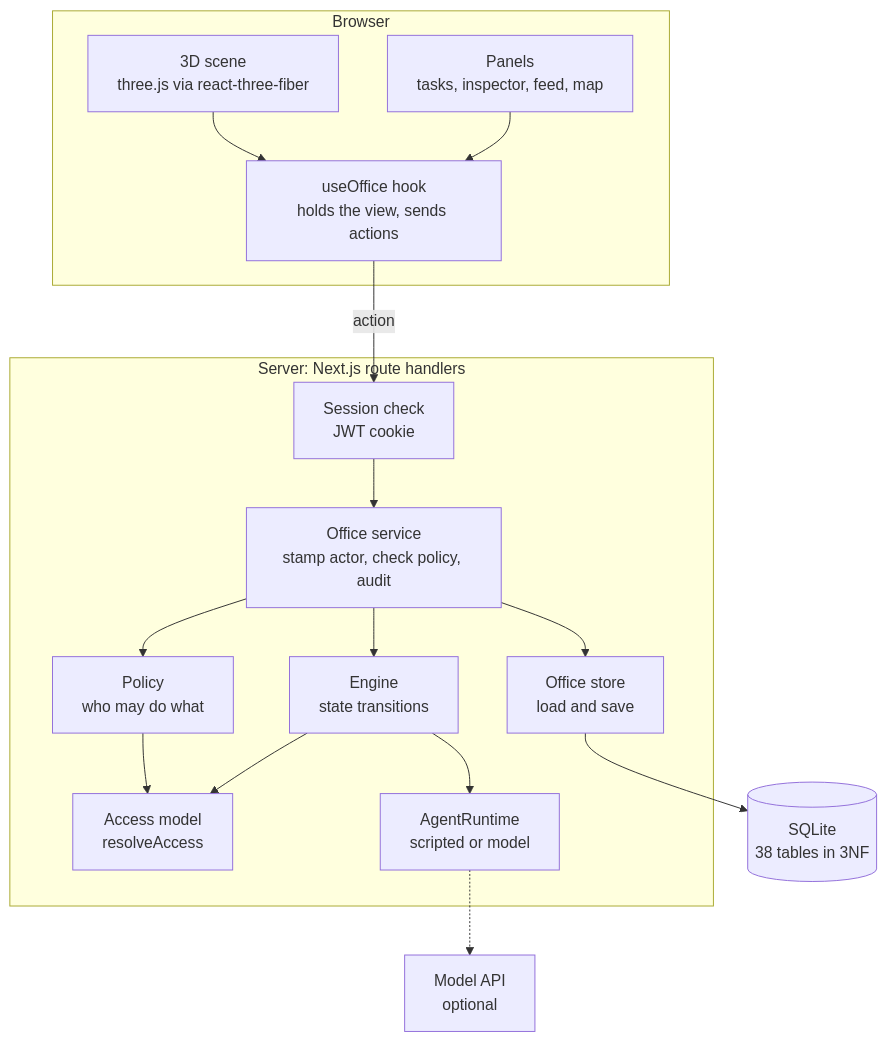
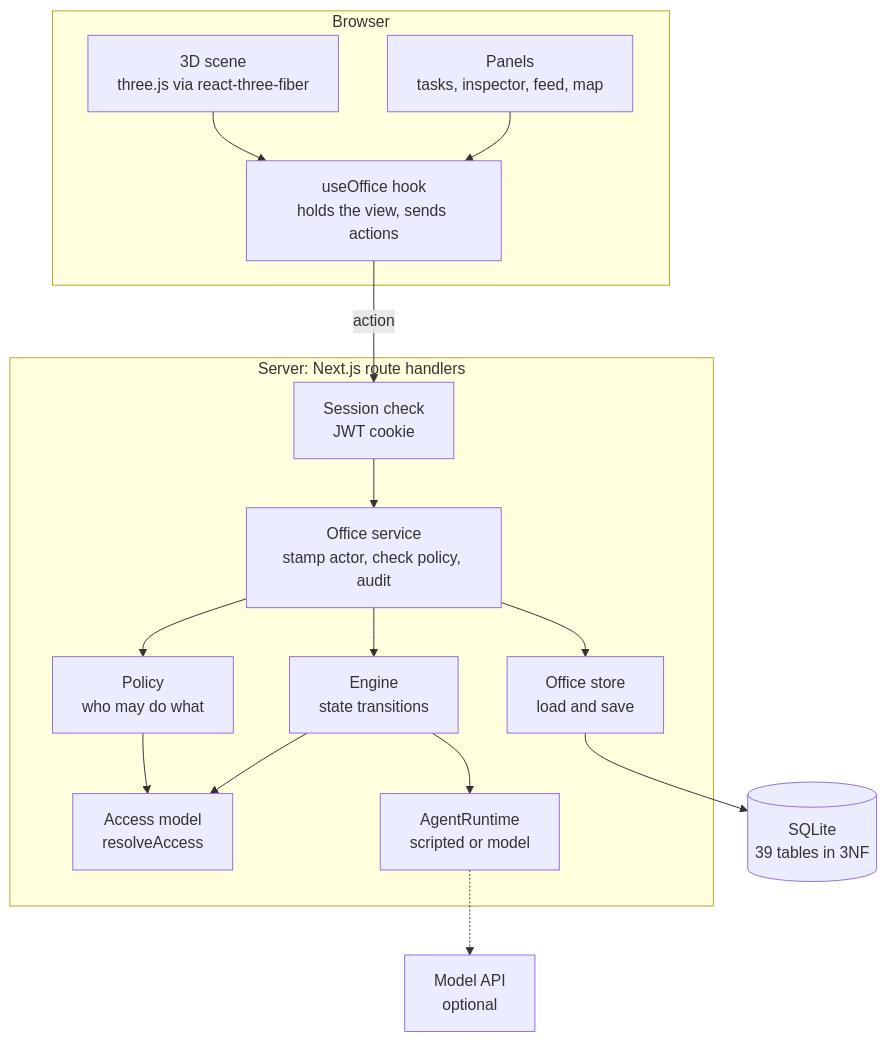
Before and after one commit to seyitgkc/ai-virtual-office: the first of 11 diagrams in README.md, drawn with Mermaid. The commit also changed other lines of this file and 2 other files, not shown here.

````diff
--- a/README.md
+++ b/README.md
@@ -275,34 +298,34 @@
 ```mermaid
 flowchart TB
   subgraph Browser
     scene["3D scene<br/>three.js via react-three-fiber"]
     panels["Panels<br/>tasks, inspector, feed, map"]
     hook["useOffice hook<br/>holds the view, sends actions"]
     scene --> hook
     panels --> hook
   end
 
   subgraph Server["Server: Next.js route handlers"]
     http["Session check<br/>JWT cookie"]
     service["Office service<br/>stamp actor, check policy, audit"]
     policy["Policy<br/>who may do what"]
     engine["Engine<br/>state transitions"]
     access["Access model<br/>resolveAccess"]
     runtime["AgentRuntime<br/>scripted or model"]
     store["Office store<br/>load and save"]
   end
 
-  db[("SQLite<br/>38 tables in 3NF")]
+  db[("SQLite<br/>39 tables in 3NF")]
   llm["Model API<br/>optional"]
 
   hook -->|"action"| http
   http --> service
   service --> policy
   service --> engine
   policy --> access
   engine --> access
   engine --> runtime
   runtime -.-> llm
   service --> store
   store --> db
 ```
````
